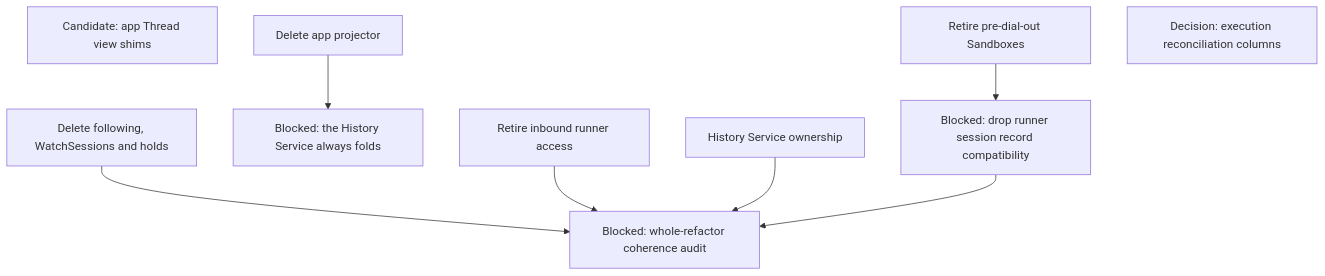
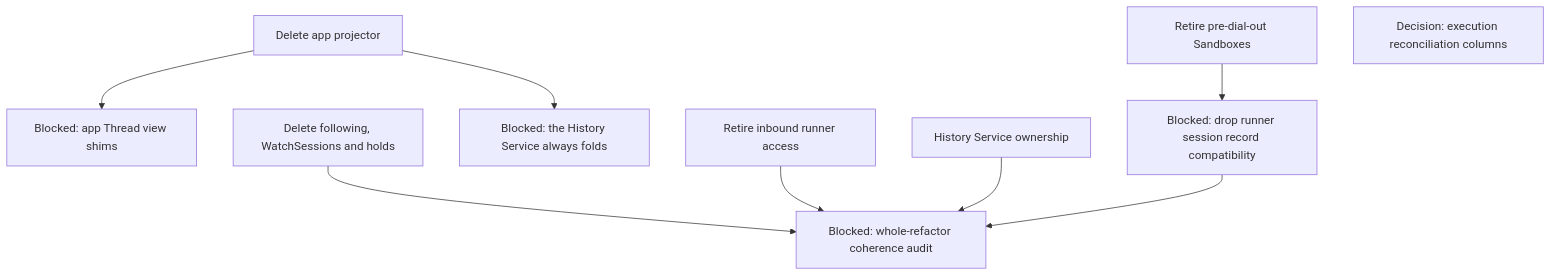
One commit to agentydragon-agent/ducktape changed diagram 11 of 12 in agentplane/plans/task_dag.md. Above: the diagram before and after it, drawn with Mermaid. The commit also changed other lines of this file and 9 other files, not shown here.

````diff
--- a/agentplane/plans/task_dag.md
+++ b/agentplane/plans/task_dag.md
@@ -790,15 +788,16 @@
 ```mermaid
 flowchart TD
-    APP_THREAD_VIEW_CLEANUP[Candidate: app Thread view shims]
+    APP_THREAD_VIEW_CLEANUP[Blocked: app Thread view shims]
     RUNNER_SESSION_RECORD_SHIMS[Blocked: drop runner session record compatibility]
     LEGACY_SANDBOX_RETIRE[Retire pre-dial-out Sandboxes]
     LEGACY_SANDBOX_RETIRE --> RUNNER_SESSION_RECORD_SHIMS
     HISTORY_FOLD_ALWAYS_ON[Blocked: the History Service always folds]
     APP_PROJECTOR_RETIRE[Delete app projector] --> HISTORY_FOLD_ALWAYS_ON
+    APP_PROJECTOR_RETIRE --> APP_THREAD_VIEW_CLEANUP
     ACTION_EXECUTION_AUDIT_TRIM[Decision: execution reconciliation columns]
     REFACTOR_COHERENCE_AUDIT[Blocked: whole-refactor coherence audit]
     FOLLOW_PATH_RETIRE[Delete following, WatchSessions and holds] --> REFACTOR_COHERENCE_AUDIT
     RUNNER_INBOUND_RETIRE[Retire inbound runner access] --> REFACTOR_COHERENCE_AUDIT
     HISTORY_SERVICE_OWNERSHIP[History Service ownership] --> REFACTOR_COHERENCE_AUDIT
     RUNNER_SESSION_RECORD_SHIMS --> REFACTOR_COHERENCE_AUDIT
 ```
````
